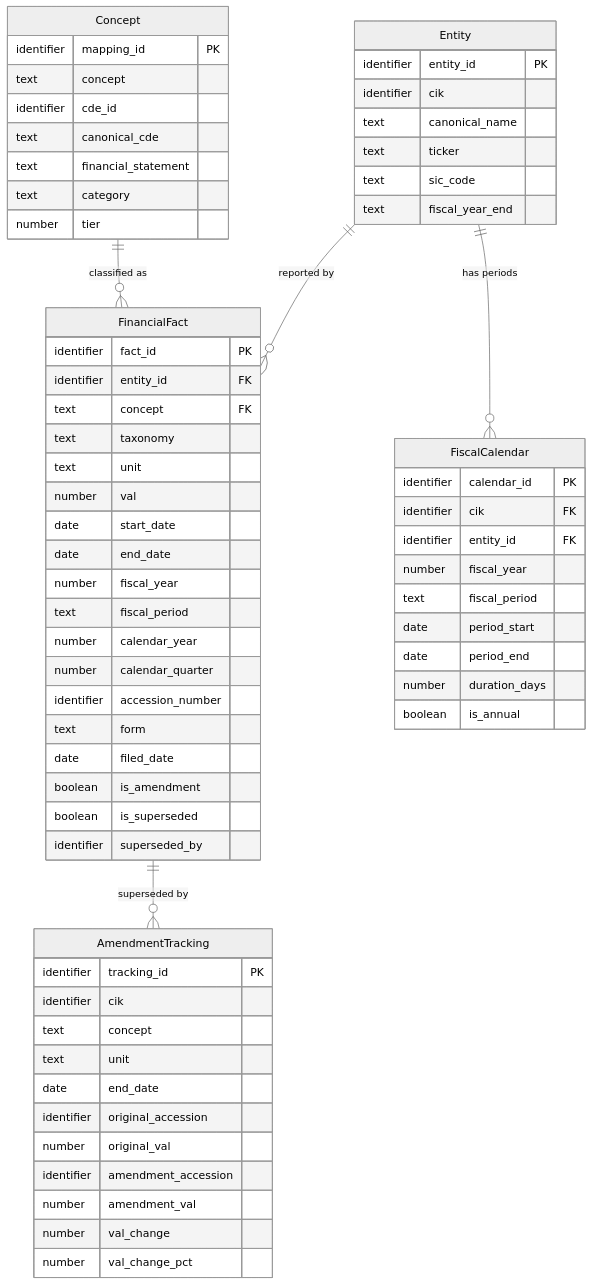
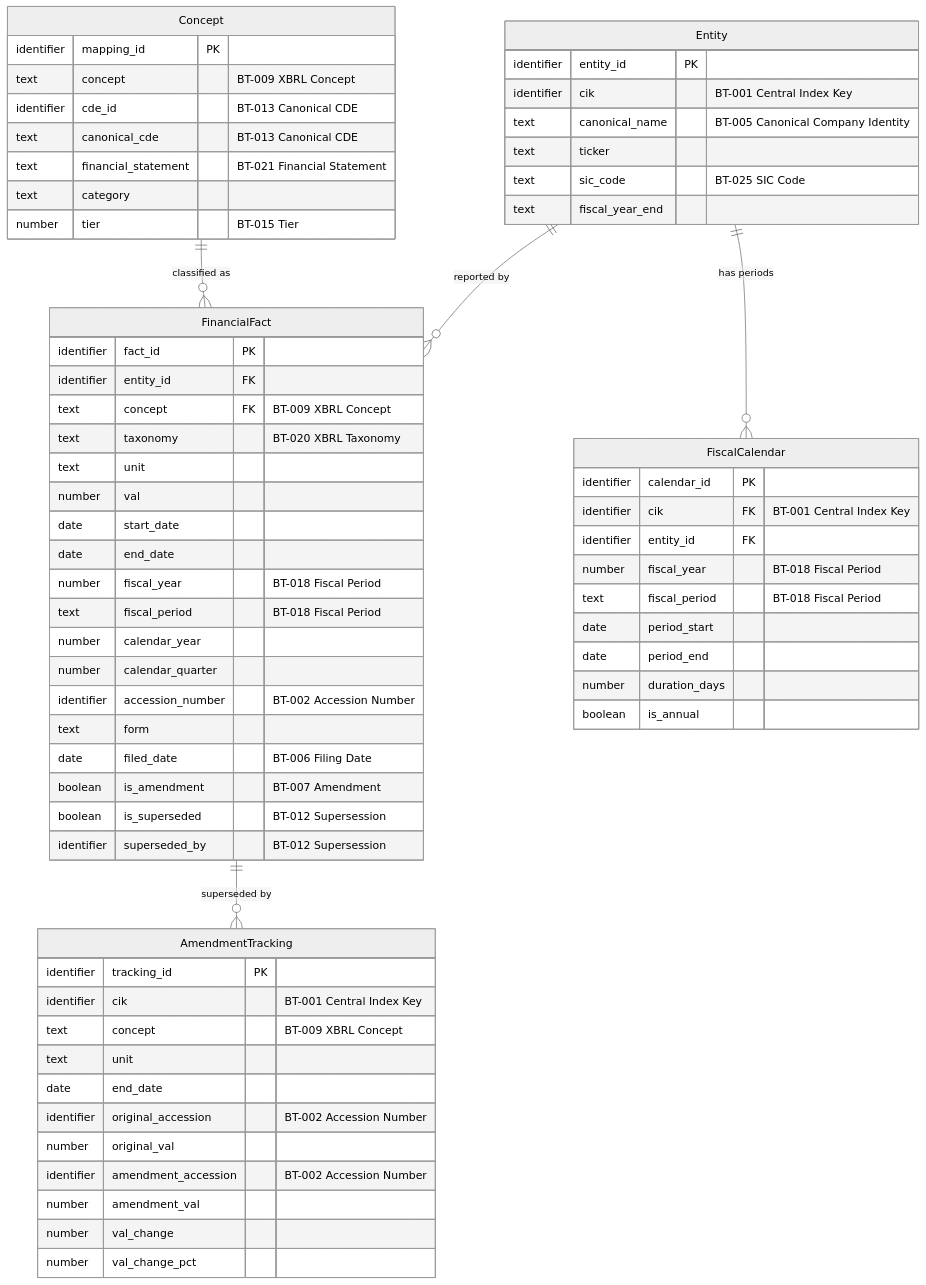
One commit to jcernauske/sec-edgair changed the sixth of 9 diagrams in README.md. Above: the diagram before and after it, drawn with Mermaid (neutral theme). The commit also changed other lines of this file, not shown here.

Commit message:
docs: add business term labels to logical model Mermaid diagrams in README
Attributes with glossary terms now show "BT-XXX Term Name" inline in
the erDiagram, so the diagrams render with business context instead of
raw attribute names.

````diff
--- a/README.md
+++ b/README.md
@@ -288,68 +284,68 @@
 ```mermaid
 erDiagram
     Entity {
         identifier entity_id PK
-        identifier cik
-        text canonical_name
+        identifier cik "BT-001 Central Index Key"
+        text canonical_name "BT-005 Canonical Company Identity"
         text ticker
-        text sic_code
+        text sic_code "BT-025 SIC Code"
         text fiscal_year_end
     }
     Concept {
         identifier mapping_id PK
-        text concept
-        identifier cde_id
-        text canonical_cde
-        text financial_statement
+        text concept "BT-009 XBRL Concept"
+        identifier cde_id "BT-013 Canonical CDE"
+        text canonical_cde "BT-013 Canonical CDE"
+        text financial_statement "BT-021 Financial Statement"
         text category
-        number tier
+        number tier "BT-015 Tier"
     }
     FinancialFact {
         identifier fact_id PK
         identifier entity_id FK
-        text concept FK
-        text taxonomy
+        text concept FK "BT-009 XBRL Concept"
+        text taxonomy "BT-020 XBRL Taxonomy"
         text unit
         number val
         date start_date
         date end_date
-        number fiscal_year
-        text fiscal_period
+        number fiscal_year "BT-018 Fiscal Period"
+        text fiscal_period "BT-018 Fiscal Period"
         number calendar_year
         number calendar_quarter
-        identifier accession_number
+        identifier accession_number "BT-002 Accession Number"
         text form
-        date filed_date
-        boolean is_amendment
-        boolean is_superseded
-        identifier superseded_by
+        date filed_date "BT-006 Filing Date"
+        boolean is_amendment "BT-007 Amendment"
+        boolean is_superseded "BT-012 Supersession"
+        identifier superseded_by "BT-012 Supersession"
     }
     FiscalCalendar {
         identifier calendar_id PK
-        identifier cik FK
+        identifier cik FK "BT-001 Central Index Key"
         identifier entity_id FK
-        number fiscal_year
-        text fiscal_period
+        number fiscal_year "BT-018 Fiscal Period"
+        text fiscal_period "BT-018 Fiscal Period"
         date period_start
         date period_end
         number duration_days
         boolean is_annual
     }
     AmendmentTracking {
         identifier tracking_id PK
-        identifier cik
-        text concept
+        identifier cik "BT-001 Central Index Key"
+        text concept "BT-009 XBRL Concept"
         text unit
         date end_date
-        identifier original_accession
+        identifier original_accession "BT-002 Accession Number"
         number original_val
-        identifier amendment_accession
+        identifier amendment_accession "BT-002 Accession Number"
         number amendment_val
         number val_change
         number val_change_pct
     }
     Entity ||--o{ FinancialFact : "reported by"
     Concept ||--o{ FinancialFact : "classified as"
     Entity ||--o{ FiscalCalendar : "has periods"
     FinancialFact ||--o{ AmendmentTracking : "superseded by"
 ```
````
